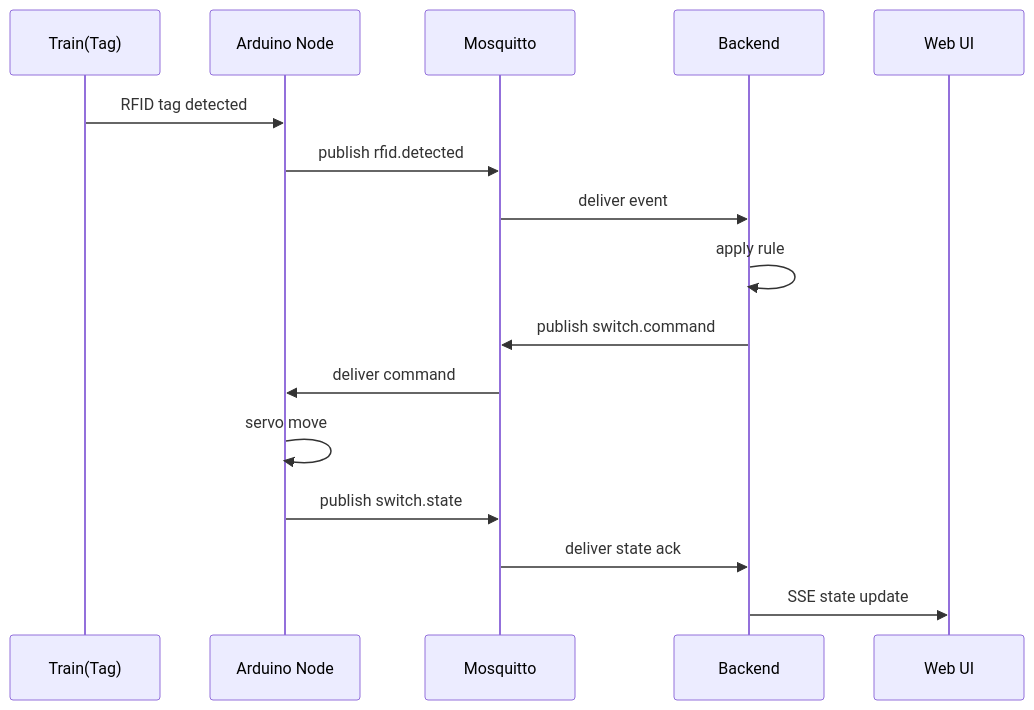
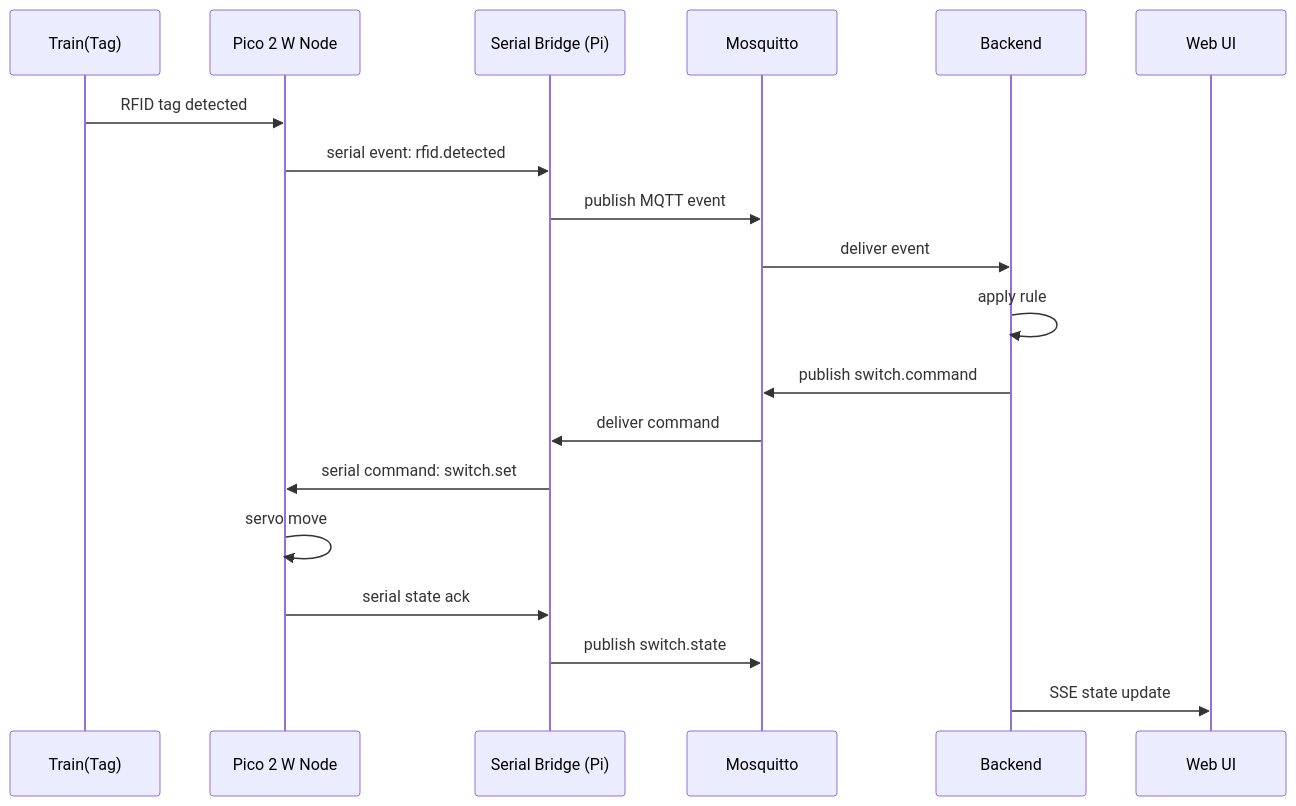
The second of 3 diagrams in docs/architecture.md (atkinart/train-manager), drawn with Mermaid before and after one commit. The commit also changed other lines of this file and 27 other files, not shown here.

Commit message:
Migrate primary node platform from Arduino to Pico 2 W

````diff
--- a/docs/architecture.md
+++ b/docs/architecture.md
@@ -52,19 +81,22 @@
 ```mermaid
 sequenceDiagram
   participant T as Train(Tag)
-  participant N as Arduino Node
+  participant P as Pico 2 W Node
+  participant BR as Serial Bridge (Pi)
   participant MQ as Mosquitto
   participant BE as Backend
   participant UI as Web UI
 
-  T->>N: RFID tag detected
-  N->>MQ: publish rfid.detected
+  T->>P: RFID tag detected
+  P->>BR: serial event: rfid.detected
+  BR->>MQ: publish MQTT event
   MQ->>BE: deliver event
   BE->>BE: apply rule
   BE->>MQ: publish switch.command
-  MQ->>N: deliver command
-  N->>N: servo move
-  N->>MQ: publish switch.state
-  MQ->>BE: deliver state ack
+  MQ->>BR: deliver command
+  BR->>P: serial command: switch.set
+  P->>P: servo move
+  P->>BR: serial state ack
+  BR->>MQ: publish switch.state
   BE->>UI: SSE state update
 ```
````
